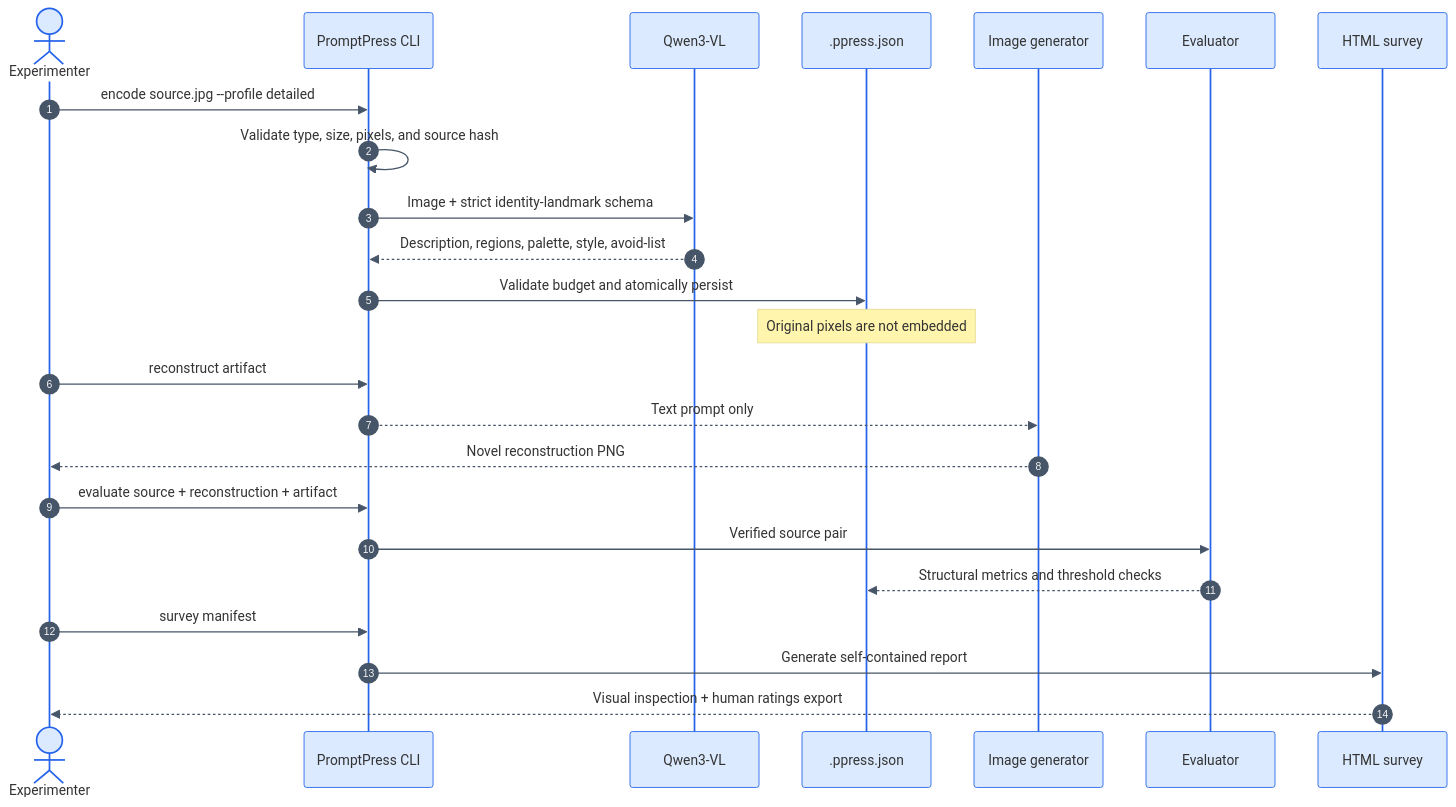
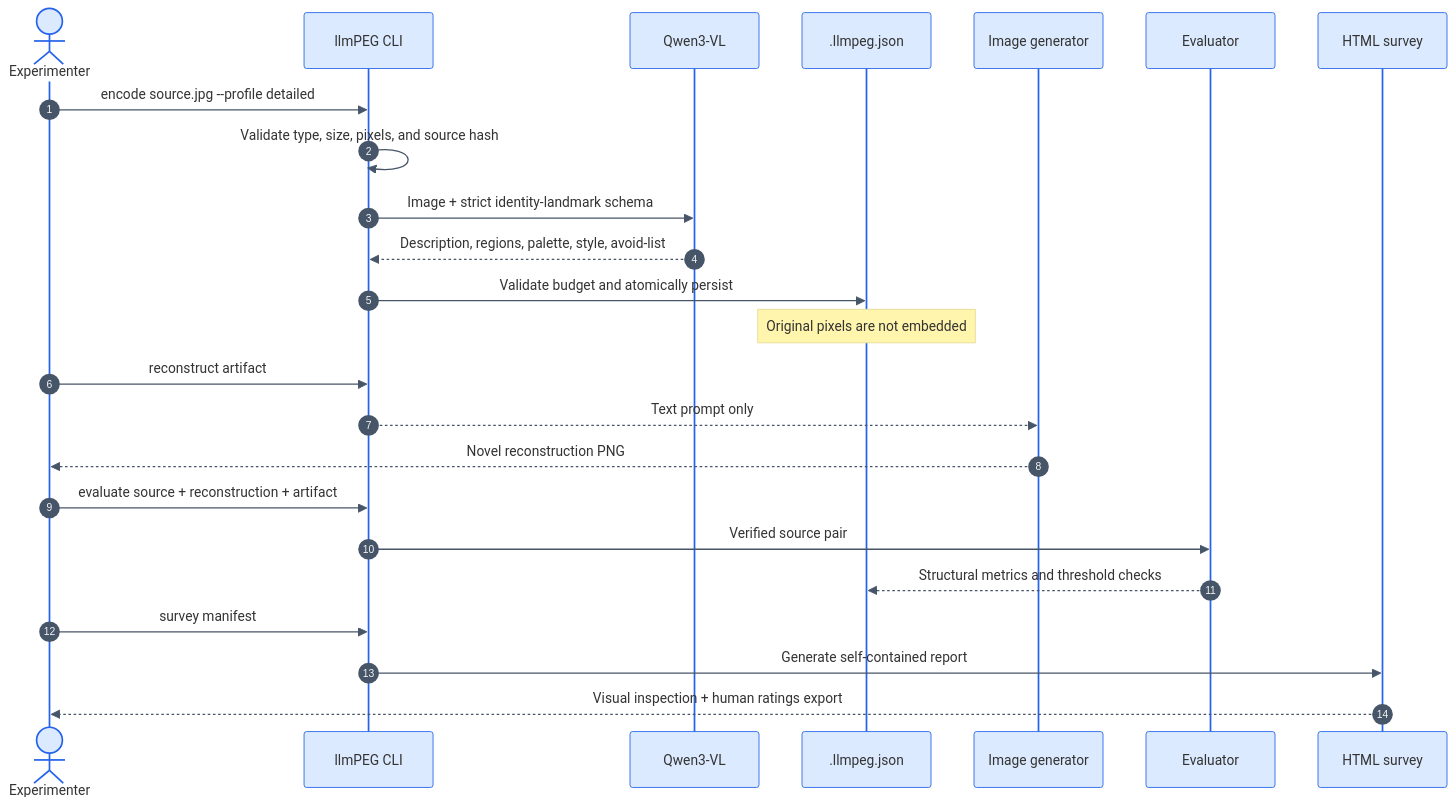
One commit to marcelpetrick/llmPEG changed the fourth of 4 diagrams in docs/architecture.md. Above: the diagram before and after it, drawn with Mermaid. The commit also changed other lines of this file and 44 other files, not shown here.

````diff
--- a/docs/architecture.md
+++ b/docs/architecture.md
@@ -114,28 +114,28 @@
 ```mermaid
 %%{init: {"theme":"base","themeVariables":{"fontFamily":"Inter, ui-sans-serif, system-ui","actorBkg":"#DBEAFE","actorBorder":"#2563EB","signalColor":"#475569","activationBkgColor":"#FFF7D6","activationBorderColor":"#D97706"}}}%%
 sequenceDiagram
   autonumber
   actor U as Experimenter
-  participant C as PromptPress CLI
+  participant C as llmPEG CLI
   participant V as Qwen3-VL
-  participant A as .ppress.json
+  participant A as .llmpeg.json
   participant G as Image generator
   participant E as Evaluator
   participant H as HTML survey
 
   U->>C: encode source.jpg --profile detailed
   C->>C: Validate type, size, pixels, and source hash
   C->>V: Image + strict identity-landmark schema
   V-->>C: Description, regions, palette, style, avoid-list
   C->>A: Validate budget and atomically persist
   Note over A: Original pixels are not embedded
   U->>C: reconstruct artifact
   C-->>G: Text prompt only
   G-->>U: Novel reconstruction PNG
   U->>C: evaluate source + reconstruction + artifact
   C->>E: Verified source pair
   E-->>A: Structural metrics and threshold checks
   U->>C: survey manifest
   C->>H: Generate self-contained report
   H-->>U: Visual inspection + human ratings export
 ```
````
